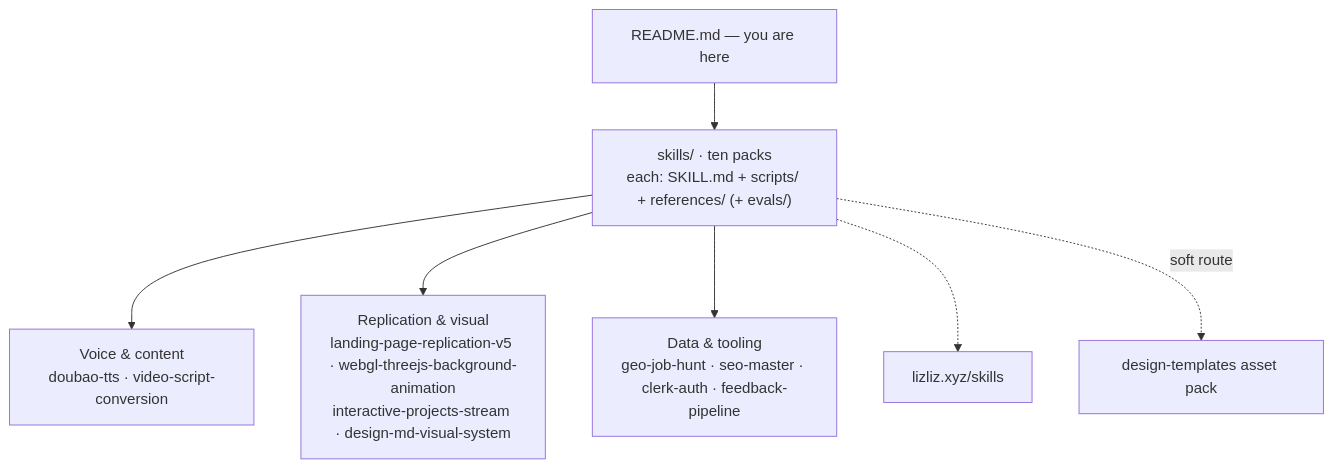
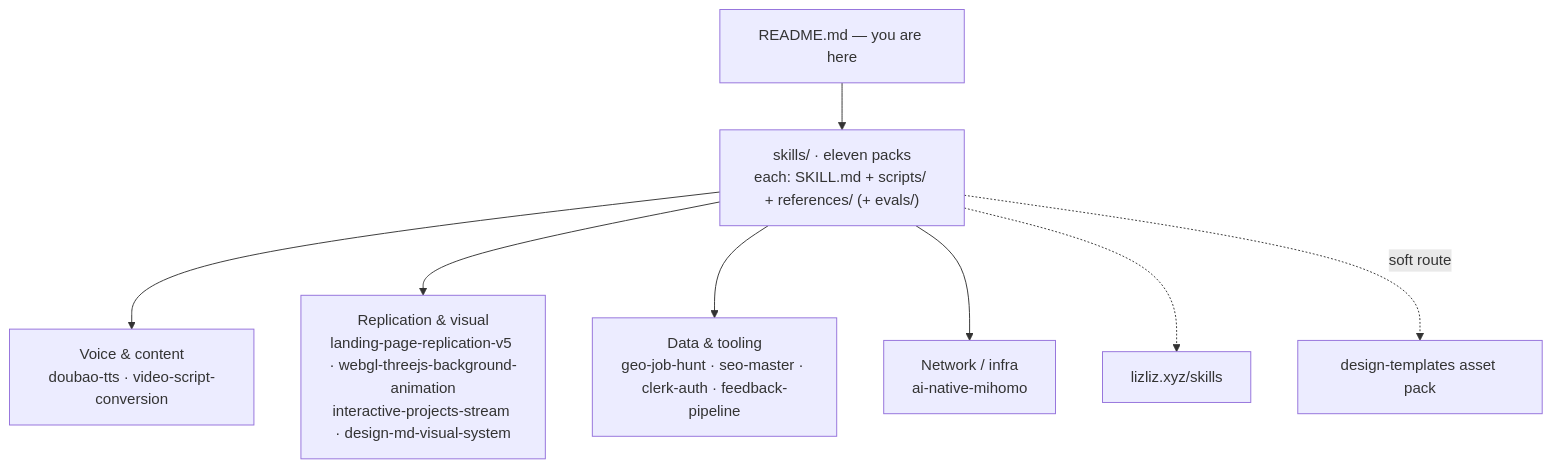
Before and after one commit to hanzili/agent-skills: the diagram in README.md, drawn with Mermaid. The commit also changed other lines of this file, not shown here.

Commit message:
readme: list ai-native-mihomo (eleventh pack, network/infra group)

````diff
--- a/README.md
+++ b/README.md
@@ -7,9 +7,10 @@
 ```mermaid
 graph TD
-    README["README.md — you are here"] --> SKILLS["skills/ · ten packs<br/>each: SKILL.md + scripts/ + references/ (+ evals/)"]
+    README["README.md — you are here"] --> SKILLS["skills/ · eleven packs<br/>each: SKILL.md + scripts/ + references/ (+ evals/)"]
     SKILLS --> VOICE["Voice & content<br/>doubao-tts · video-script-conversion"]
     SKILLS --> VISUAL["Replication & visual<br/>landing-page-replication-v5 · webgl-threejs-background-animation<br/>interactive-projects-stream · design-md-visual-system"]
     SKILLS --> TOOLS["Data & tooling<br/>geo-job-hunt · seo-master · clerk-auth · feedback-pipeline"]
+    SKILLS --> NET["Network / infra<br/>ai-native-mihomo"]
     SKILLS -.-> SITE["lizliz.xyz/skills"]
     SKILLS -.->|"soft route"| DT["design-templates asset pack"]
 ```
````
